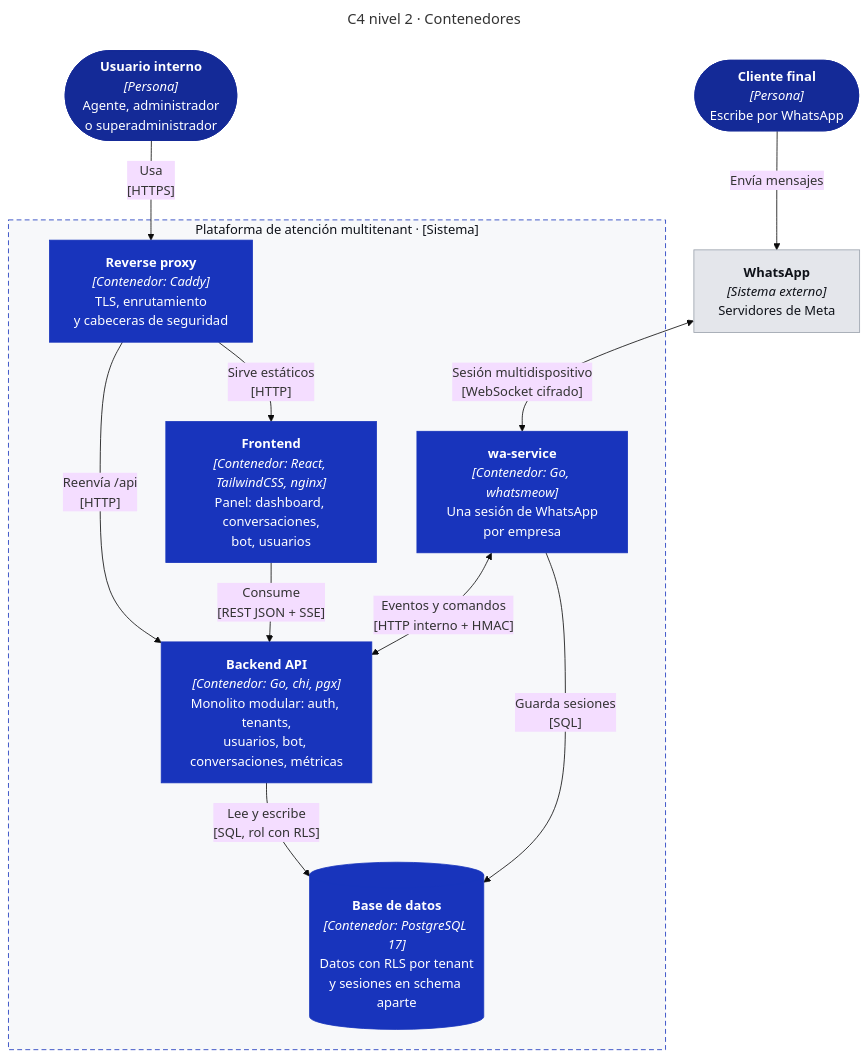
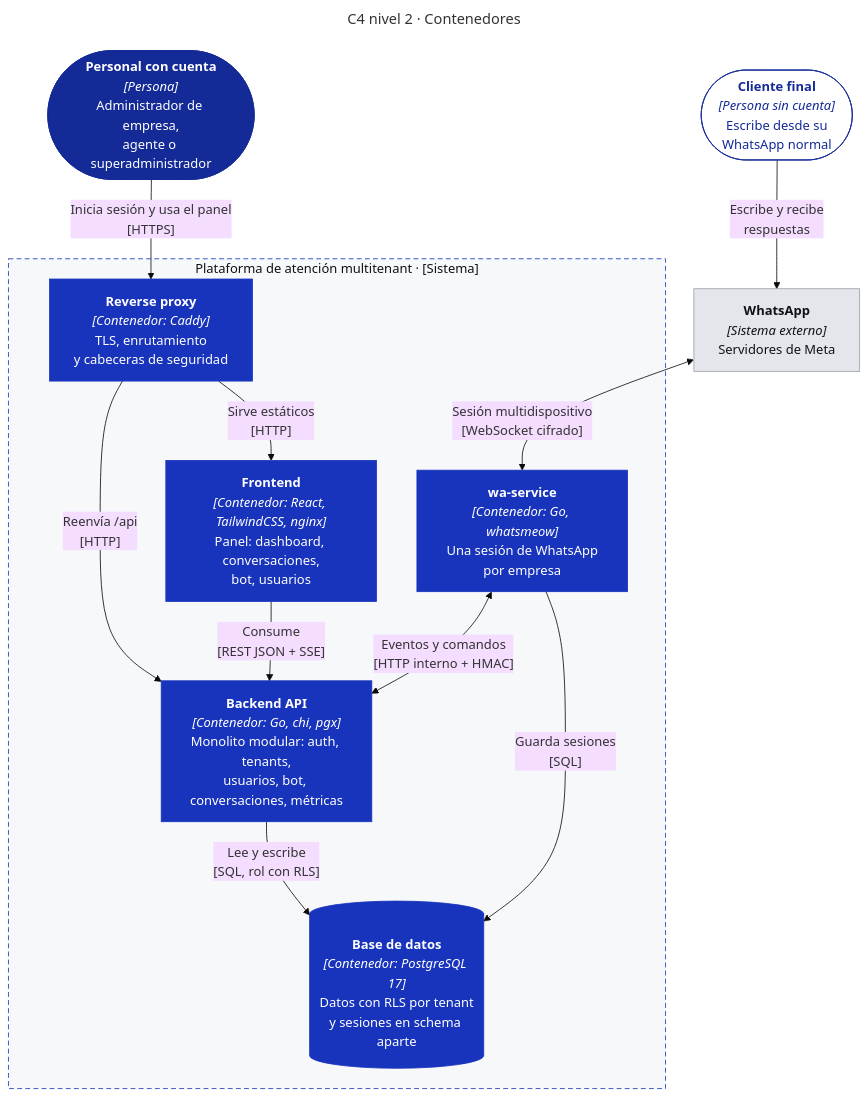
Before and after one commit to GerardoGM14/app-tesis-chatbot: the diagram in docs/01-arquitectura/c4/c4-02-contenedores.md, drawn with Mermaid (base theme). The commit also changed other lines of this file and 20 other files, not shown here.

Commit message:
docs: arquitectura y seguridad con el cliente final fuera de la plataforma

````diff
--- a/docs/01-arquitectura/c4/c4-02-contenedores.md
+++ b/docs/01-arquitectura/c4/c4-02-contenedores.md
@@ -5,35 +5,37 @@
 ```mermaid
 ---
 title: "C4 nivel 2 · Contenedores"
 ---
 flowchart TB
-  usuario(["<b>Usuario interno</b><br/><i>[Persona]</i><br/>Agente, administrador<br/>o superadministrador"])
-  cliente(["<b>Cliente final</b><br/><i>[Persona]</i><br/>Escribe por WhatsApp"])
+  personal(["<b>Personal con cuenta</b><br/><i>[Persona]</i><br/>Administrador de empresa,<br/>agente o superadministrador"])
+  cliente(["<b>Cliente final</b><br/><i>[Persona sin cuenta]</i><br/>Escribe desde su<br/>WhatsApp normal"])
   whatsapp["<b>WhatsApp</b><br/><i>[Sistema externo]</i><br/>Servidores de Meta"]
 
   subgraph SYS["Plataforma de atención multitenant · [Sistema]"]
     proxy["<b>Reverse proxy</b><br/><i>[Contenedor: Caddy]</i><br/>TLS, enrutamiento<br/>y cabeceras de seguridad"]
     web["<b>Frontend</b><br/><i>[Contenedor: React, TailwindCSS, nginx]</i><br/>Panel: dashboard, conversaciones,<br/>bot, usuarios"]
     api["<b>Backend API</b><br/><i>[Contenedor: Go, chi, pgx]</i><br/>Monolito modular: auth, tenants,<br/>usuarios, bot, conversaciones, métricas"]
     wa["<b>wa-service</b><br/><i>[Contenedor: Go, whatsmeow]</i><br/>Una sesión de WhatsApp<br/>por empresa"]
     db[("<b>Base de datos</b><br/><i>[Contenedor: PostgreSQL 17]</i><br/>Datos con RLS por tenant<br/>y sesiones en schema aparte")]
   end
 
-  usuario -- "Usa<br/>[HTTPS]" --> proxy
+  personal -- "Inicia sesión y usa el panel<br/>[HTTPS]" --> proxy
   proxy -- "Sirve estáticos<br/>[HTTP]" --> web
   proxy -- "Reenvía /api<br/>[HTTP]" --> api
   web -- "Consume<br/>[REST JSON + SSE]" --> api
-  cliente -- "Envía mensajes" --> whatsapp
+  cliente -- "Escribe y recibe<br/>respuestas" --> whatsapp
   whatsapp <-- "Sesión multidispositivo<br/>[WebSocket cifrado]" --> wa
   wa <-- "Eventos y comandos<br/>[HTTP interno + HMAC]" --> api
   api -- "Lee y escribe<br/>[SQL, rol con RLS]" --> db
   wa -- "Guarda sesiones<br/>[SQL]" --> db
 
   classDef person fill:#142A97,stroke:#142A97,color:#FFFFFF
+  classDef client fill:#FFFFFF,stroke:#142A97,color:#142A97
   classDef container fill:#1834BC,stroke:#1834BC,color:#FFFFFF
   classDef external fill:#E4E6EB,stroke:#9AA0AC,color:#0F1219
-  class usuario,cliente person
+  class personal person
+  class cliente client
   class proxy,web,api,wa,db container
   class whatsapp external
   style SYS fill:#F7F8FA,stroke:#1834BC,stroke-dasharray:6 4,color:#0F1219
 ```
````
